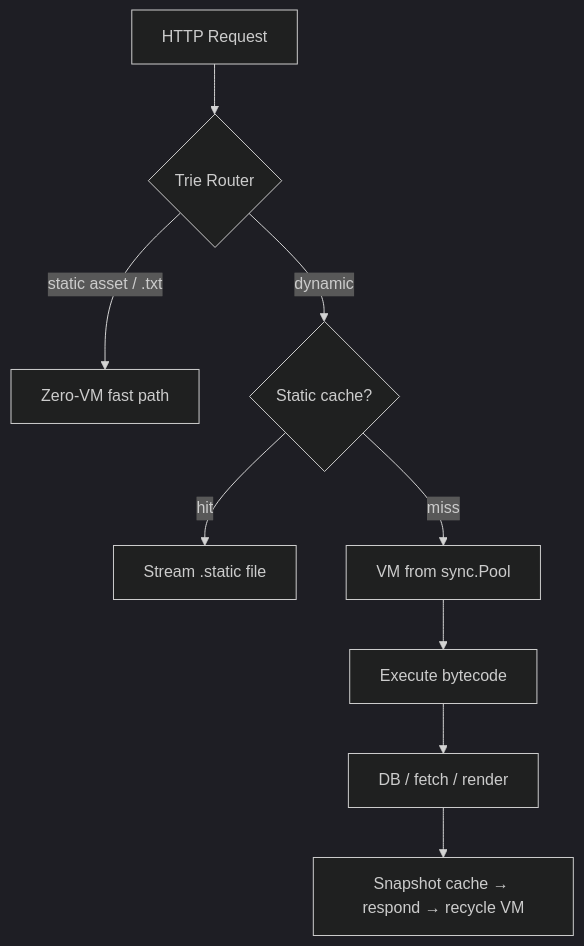
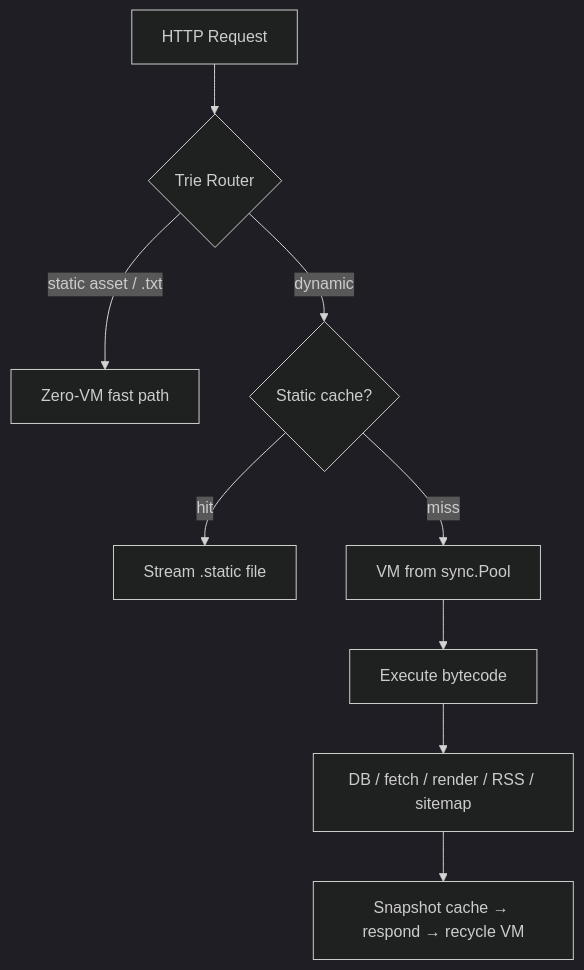
One commit to kitwork/engine changed the diagram in readme.md. Above: the diagram before and after it, drawn with Mermaid (dark theme). The commit also changed other lines of this file and 14 other files, not shown here.

````diff
--- a/readme.md
+++ b/readme.md
@@ -182,10 +426,10 @@
 ```mermaid
 graph TD
     A[HTTP Request] --> B{Trie Router}
     B -- static asset / .txt --> C[Zero-VM fast path]
     B -- dynamic --> D{Static cache?}
     D -- hit --> E[Stream .static file]
     D -- miss --> F[VM from sync.Pool] --> G[Execute bytecode]
-    G --> H[DB / fetch / render]
+    G --> H[DB / fetch / render / RSS / sitemap]
     H --> I[Snapshot cache → respond → recycle VM]
 ```
````
